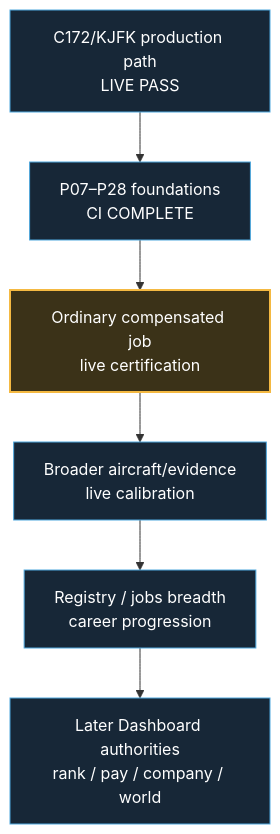
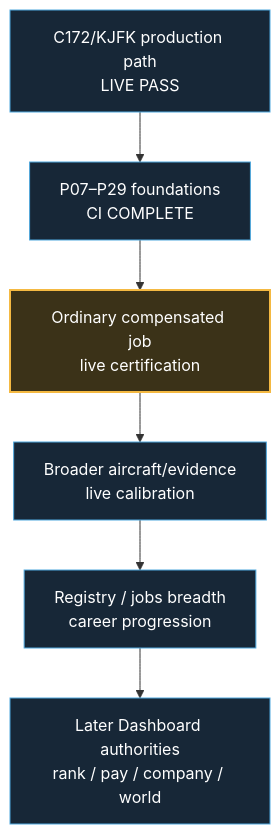
The second of 2 diagrams in docs/development-master-checklist.md (dhavalpddn-eng/OpenCareer), drawn with Mermaid before and after one commit. The commit also changed other lines of this file and 2 other files, not shown here.

````diff
--- a/docs/development-master-checklist.md
+++ b/docs/development-master-checklist.md
@@ -54,13 +54,13 @@
 ```mermaid
 flowchart TD
-    A["C172/KJFK production path<br/>LIVE PASS"] --> B["P07–P28 foundations<br/>CI COMPLETE"]
+    A["C172/KJFK production path<br/>LIVE PASS"] --> B["P07–P29 foundations<br/>CI COMPLETE"]
     B --> C["Ordinary compensated job<br/>live certification"]
     C --> D["Broader aircraft/evidence<br/>live calibration"]
     D --> E["Registry / jobs breadth<br/>career progression"]
     E --> F["Later Dashboard authorities<br/>rank / pay / company / world"]
 
     classDef next fill:#3b3218,stroke:#F4B942,color:#fff,stroke-width:2px;
     classDef future fill:#172737,stroke:#4EA8DE,color:#fff,stroke-width:1px;
     class C next;
     class A,B,D,E,F future;
 ```
````
